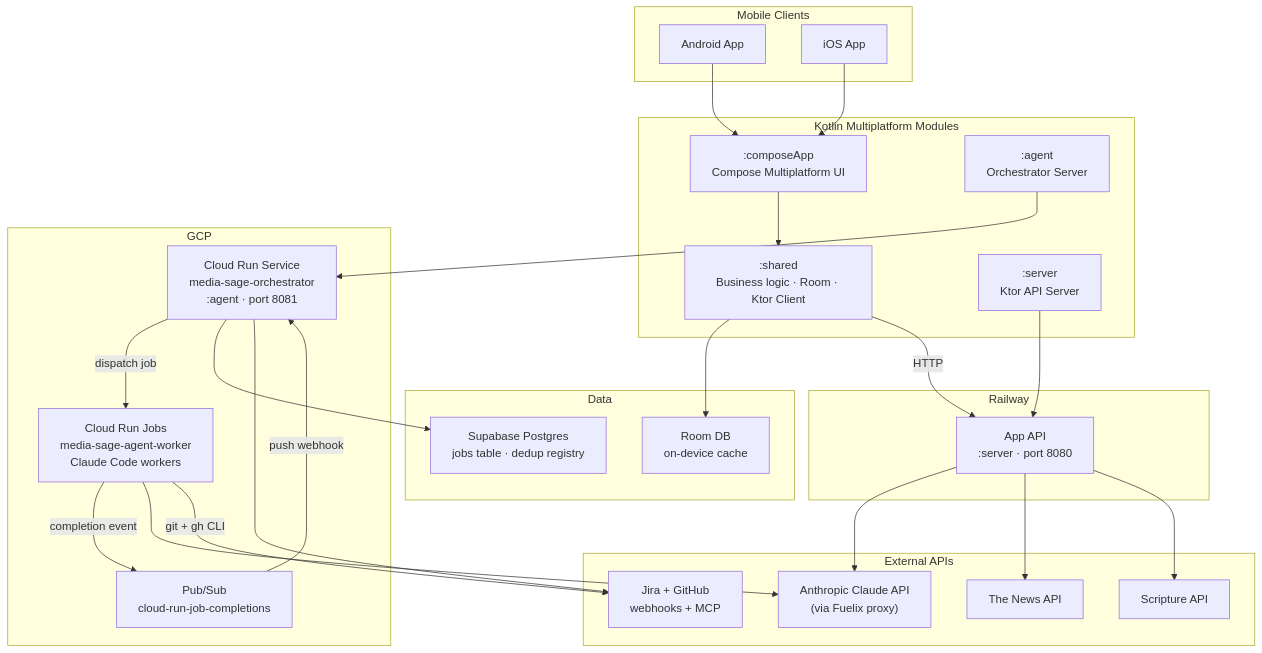
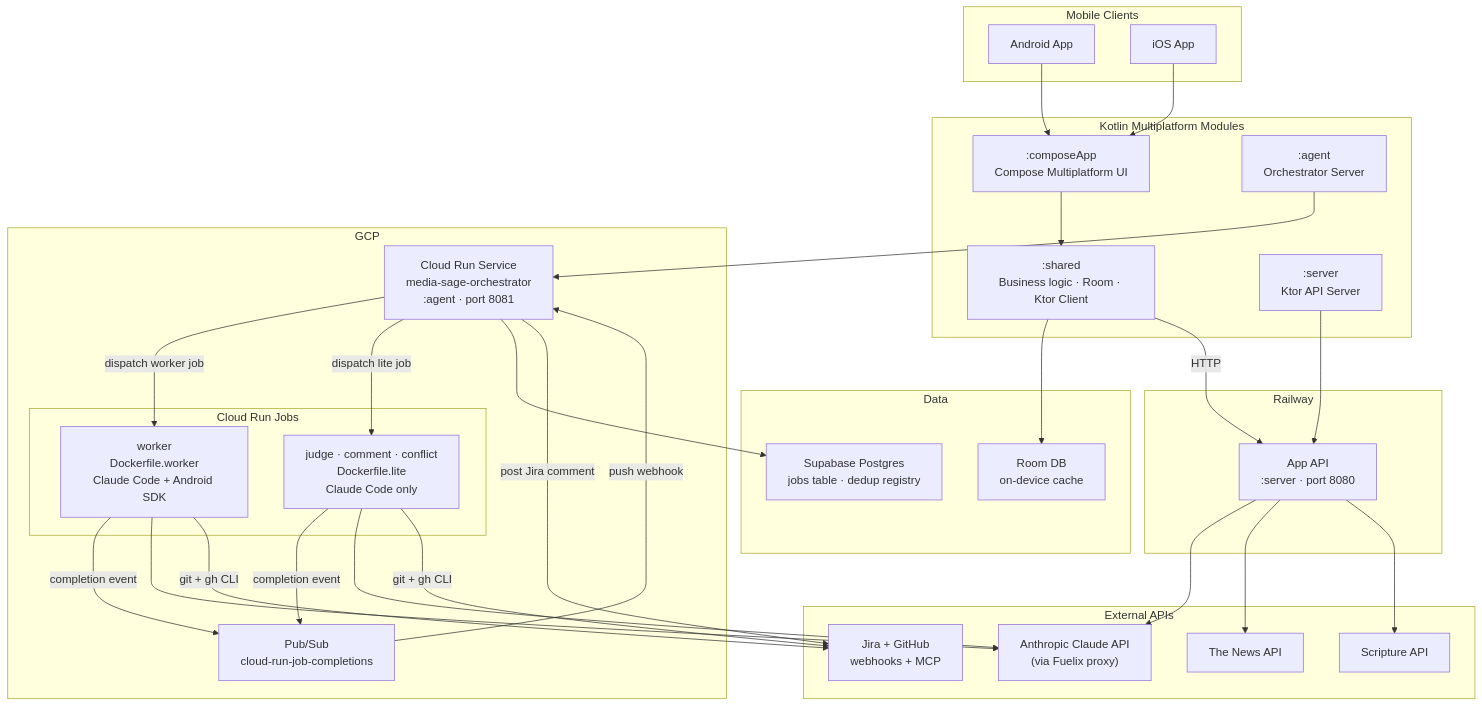
Before and after one commit to MicGon7/media-sage: the diagram in docs/diagrams/infrastructure-overview.md, drawn with Mermaid. The commit also changed 2 other files, not shown here.

Commit message:
MS-370: Update pipeline diagrams and add app flow diagram

````diff
--- a/docs/diagrams/infrastructure-overview.md
+++ b/docs/diagrams/infrastructure-overview.md
@@ -3,55 +3,62 @@
 ```mermaid
 graph TB
     subgraph Clients["Mobile Clients"]
         Android["Android App"]
         iOS["iOS App"]
     end
 
     subgraph KMP["Kotlin Multiplatform Modules"]
         composeApp[":composeApp<br/>Compose Multiplatform UI"]
         shared[":shared<br/>Business logic · Room · Ktor Client"]
         server[":server<br/>Ktor API Server"]
         agent[":agent<br/>Orchestrator Server"]
     end
 
     subgraph Railway["Railway"]
         AppAPI["App API<br/>:server · port 8080"]
     end
 
     subgraph GCP["GCP"]
         Orchestrator["Cloud Run Service<br/>media-sage-orchestrator<br/>:agent · port 8081"]
-        Workers["Cloud Run Jobs<br/>media-sage-agent-worker<br/>Claude Code workers"]
+        subgraph Jobs["Cloud Run Jobs"]
+            WorkerJob["worker<br/>Dockerfile.worker<br/>Claude Code + Android SDK"]
+            LiteJobs["judge · comment · conflict<br/>Dockerfile.lite<br/>Claude Code only"]
+        end
         PubSub["Pub/Sub<br/>cloud-run-job-completions"]
     end
 
     subgraph Data["Data"]
         Supabase["Supabase Postgres<br/>jobs table · dedup registry"]
         Room["Room DB<br/>on-device cache"]
     end
 
     subgraph External["External APIs"]
         Claude["Anthropic Claude API<br/>(via Fuelix proxy)"]
         NewsAPI["The News API"]
         Scripture["Scripture API"]
         JiraGH["Jira + GitHub<br/>webhooks + MCP"]
     end
 
     Android --> composeApp
     iOS --> composeApp
     composeApp --> shared
     shared --> Room
     shared -->|HTTP| AppAPI
     server --> AppAPI
     AppAPI --> Claude
     AppAPI --> NewsAPI
     AppAPI --> Scripture
 
     agent --> Orchestrator
-    Orchestrator -->|dispatch job| Workers
+    Orchestrator -->|dispatch worker job| WorkerJob
+    Orchestrator -->|dispatch lite job| LiteJobs
     Orchestrator --> Supabase
-    Workers -->|completion event| PubSub
+    WorkerJob -->|completion event| PubSub
+    LiteJobs -->|completion event| PubSub
     PubSub -->|push webhook| Orchestrator
-    Workers --> Claude
-    Workers -->|git + gh CLI| JiraGH
-    Orchestrator --> JiraGH
+    WorkerJob --> Claude
+    LiteJobs --> Claude
+    WorkerJob -->|git + gh CLI| JiraGH
+    LiteJobs -->|git + gh CLI| JiraGH
+    Orchestrator -->|post Jira comment| JiraGH
 ```
````
